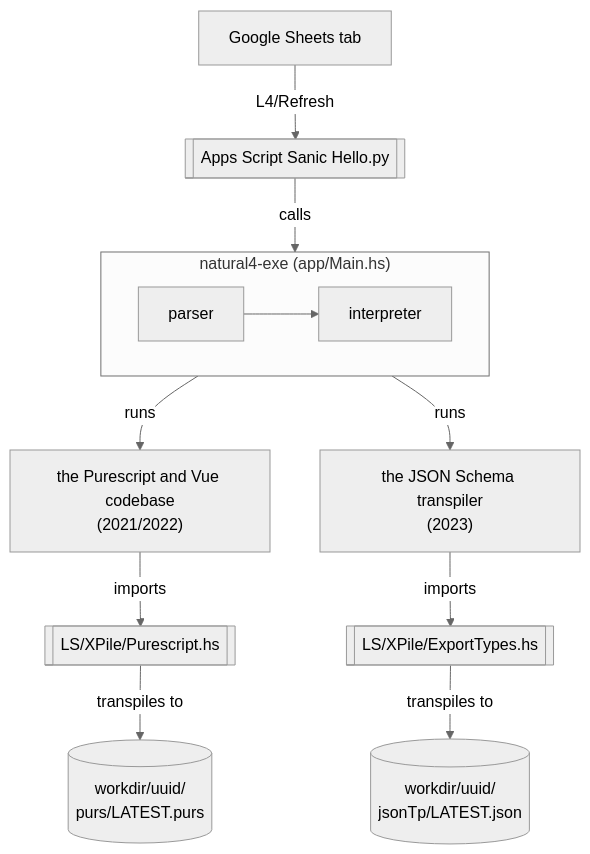
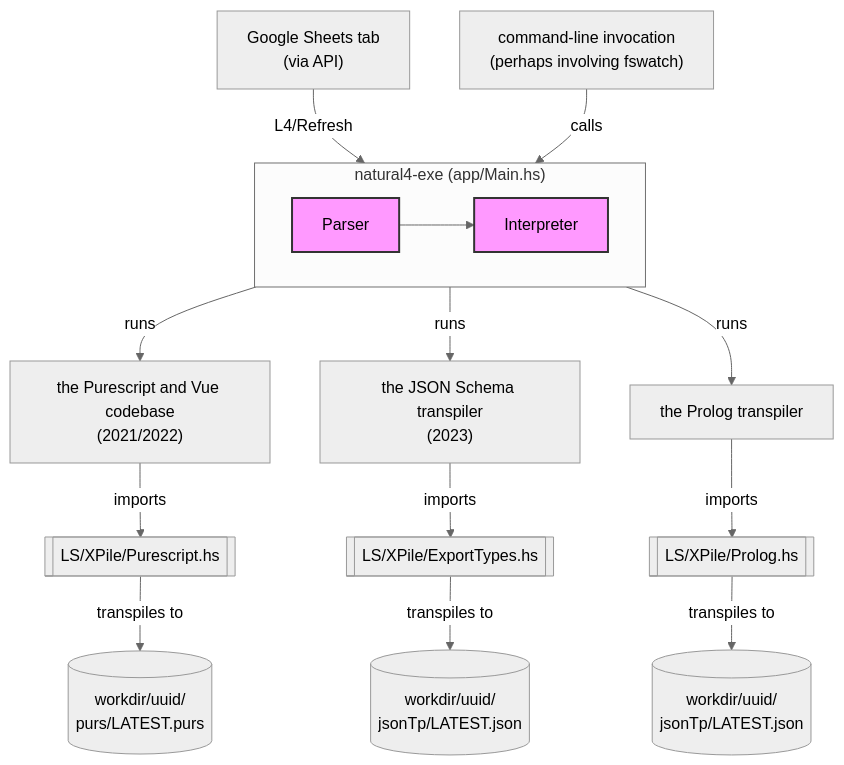
Before and after one commit to smucclaw/internal_docs: the fifth of 5 diagrams in docs/current_system/codebase/index.md, drawn with Mermaid (neutral theme). The commit also changed other lines of this file and 1 other file, not shown here.

Commit message:
try to link from index.md to codebase/index.md

````diff
--- a/docs/current_system/codebase/index.md
+++ b/docs/current_system/codebase/index.md
@@ -47,18 +272,24 @@
-```mermaid
+``` mermaid
 graph TB;
-    classDef natural4exe fill:#f9f,stroke:#333,stroke-width:2px;
+    A1["Google Sheets tab\n(via API)"] -- "L4/Refresh" --> C;
+    A2["command-line invocation\n(perhaps involving fswatch)"] -- calls --> C;
 
-    A["Google Sheets tab"] -- "L4/Refresh" --> B[["Apps Script Sanic Hello.py"]];
-	B -- calls -->C;
     subgraph C ["natural4-exe (app/Main.hs)"]
-    parser --> interpreter;
+	classDef nl4exe fill:#f9f,stroke:#333,stroke-width:2px;
+
+	Parser --> Interpreter;
+	class Parser,Interpreter nl4exe
     end
-	
-	C --"runs"--> C1["the Purescript and Vue codebase\n(2021/2022)"];
-	C1--"imports"-->D[["LS/XPile/Purescript.hs"]];
+
+    C --"runs"--> C1["the Purescript and Vue codebase\n(2021/2022)"];
+    C1--"imports"-->D[["LS/XPile/Purescript.hs"]];
     D--"transpiles to"-->E[("workdir/uuid/\npurs/LATEST.purs")];
 
     C --"runs"--> G0["the JSON Schema transpiler\n(2023)"];
-	G0--"imports"-->G1[["LS/XPile/ExportTypes.hs"]];
-	G1--"transpiles to"-->G2[("workdir/uuid/\njsonTp/LATEST.json")];
+    G0--"imports"-->G1[["LS/XPile/ExportTypes.hs"]];
+    G1--"transpiles to"-->G2[("workdir/uuid/\njsonTp/LATEST.json")];
+
+    C --"runs"--> H0["the Prolog transpiler"];
+    H0--"imports"-->H1[["LS/XPile/Prolog.hs"]];
+    H1--"transpiles to"-->H2[("workdir/uuid/\njsonTp/LATEST.json")];
 ```
````
